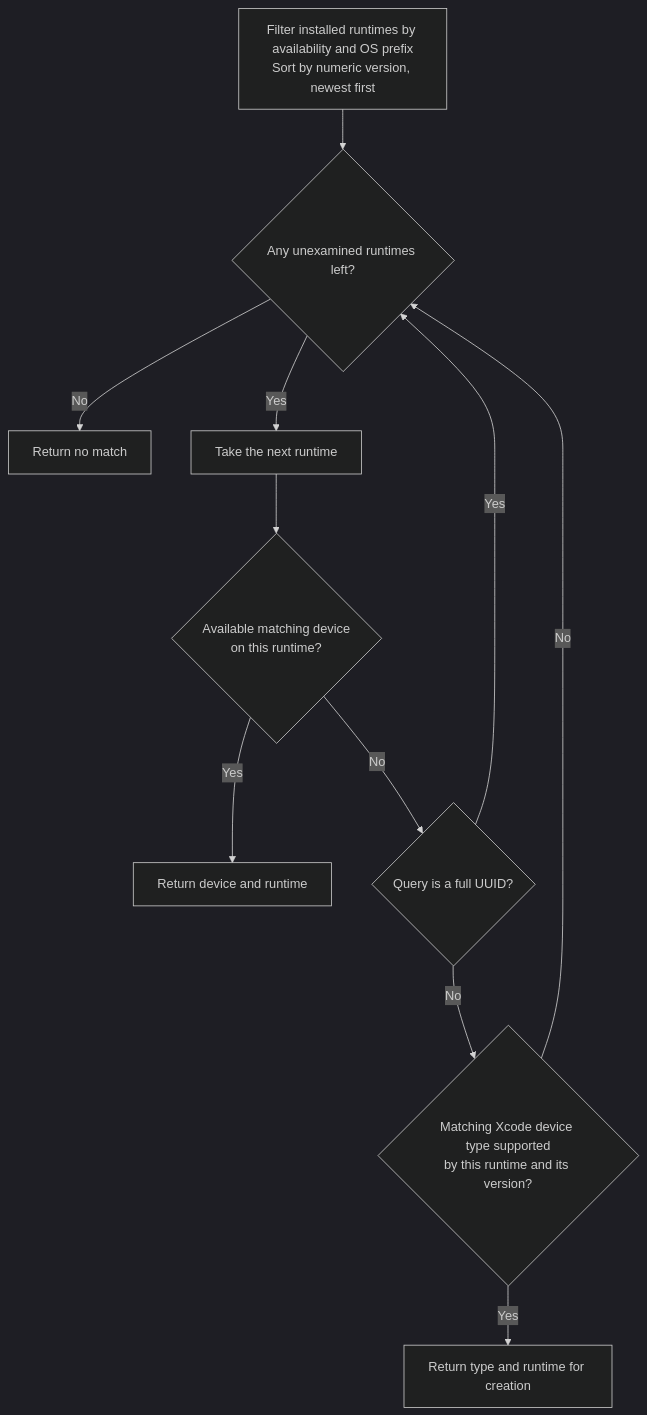
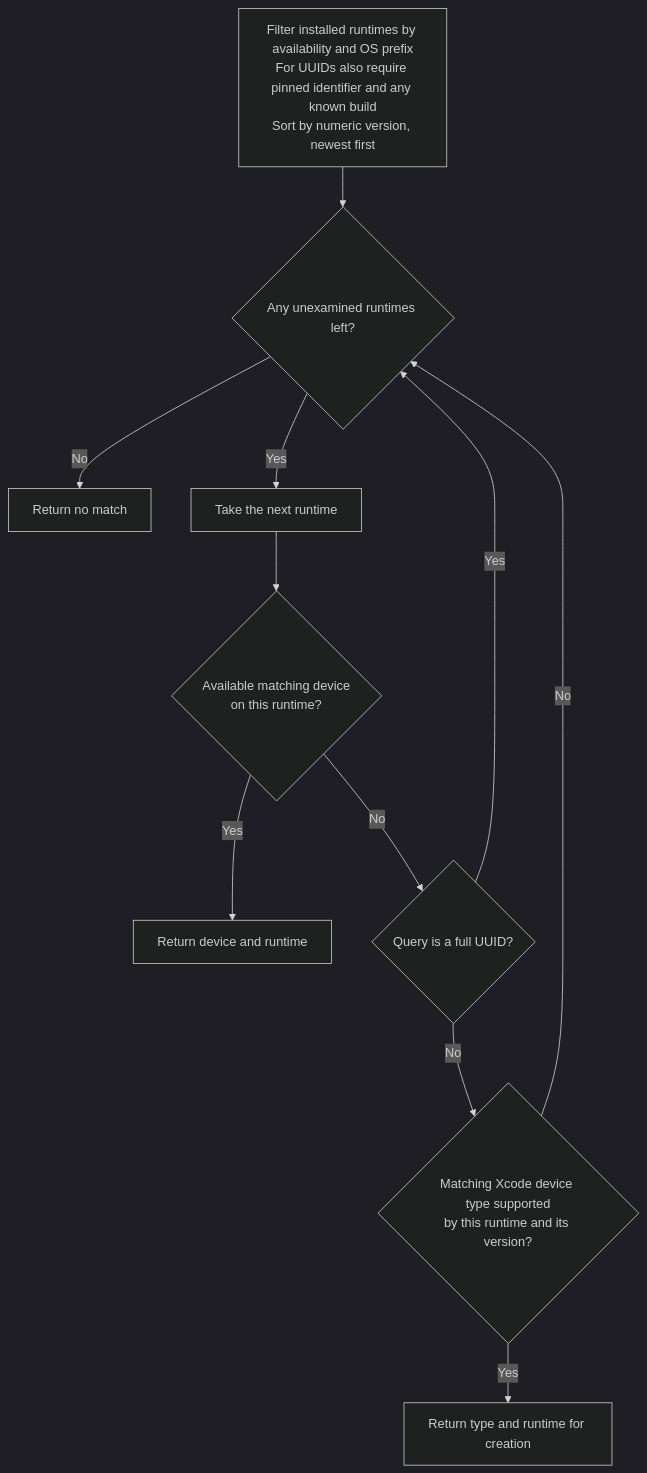
One commit to ashtonmeuser/NavigationSplitStack changed the second of 3 diagrams in .github/actions/xcode-test/flowchard.md. Above: the diagram before and after it, drawn with Mermaid (dark theme). The commit also changed other lines of this file and 7 other files, not shown here.

````diff
--- a/.github/actions/xcode-test/flowchard.md
+++ b/.github/actions/xcode-test/flowchard.md
@@ -57,13 +54,13 @@
 ```mermaid
 flowchart TD
-    A["Filter installed runtimes by availability and OS prefix<br/>Sort by numeric version, newest first"] --> B{"Any unexamined runtimes left?"}
+    A["Filter installed runtimes by availability and OS prefix<br/>For UUIDs also require pinned identifier and any known build<br/>Sort by numeric version, newest first"] --> B{"Any unexamined runtimes left?"}
     B -- No --> NONE["Return no match"]
     B -- Yes --> NEXT["Take the next runtime"]
     NEXT --> D{"Available matching device<br/>on this runtime?"}
     D -- Yes --> DEVICE["Return device and runtime"]
     D -- No --> UUID{"Query is a full UUID?"}
     UUID -- Yes --> B
     UUID -- No --> TYPE{"Matching Xcode device type supported<br/>by this runtime and its version?"}
     TYPE -- Yes --> CREATE["Return type and runtime for creation"]
     TYPE -- No --> B
 ```
````
